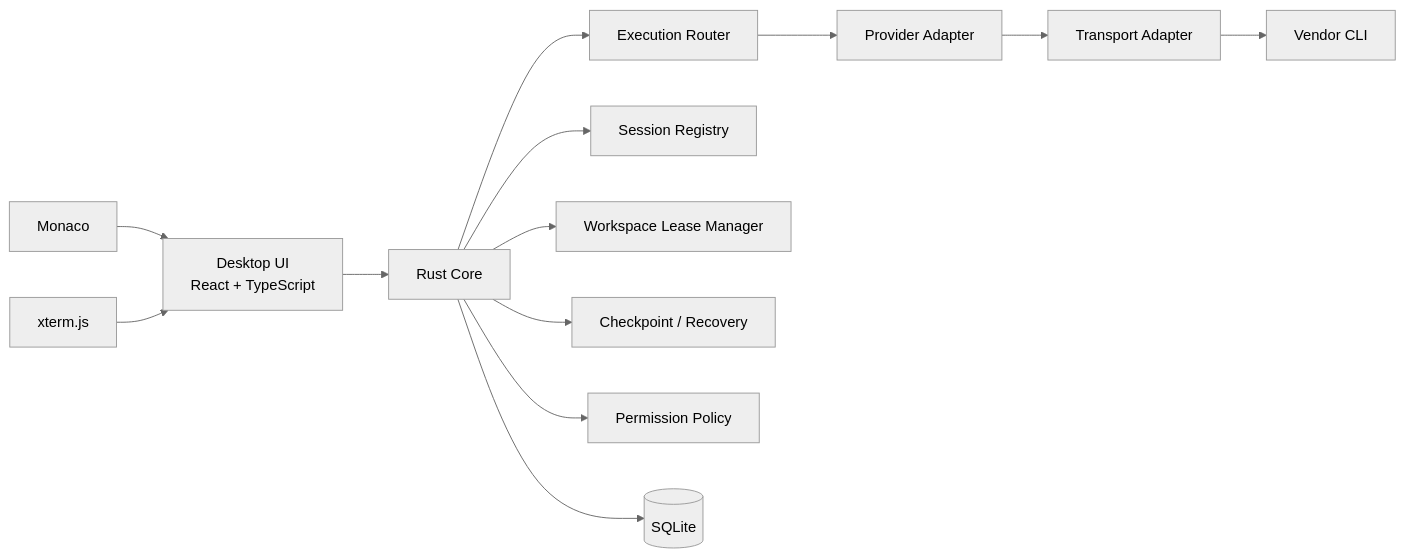
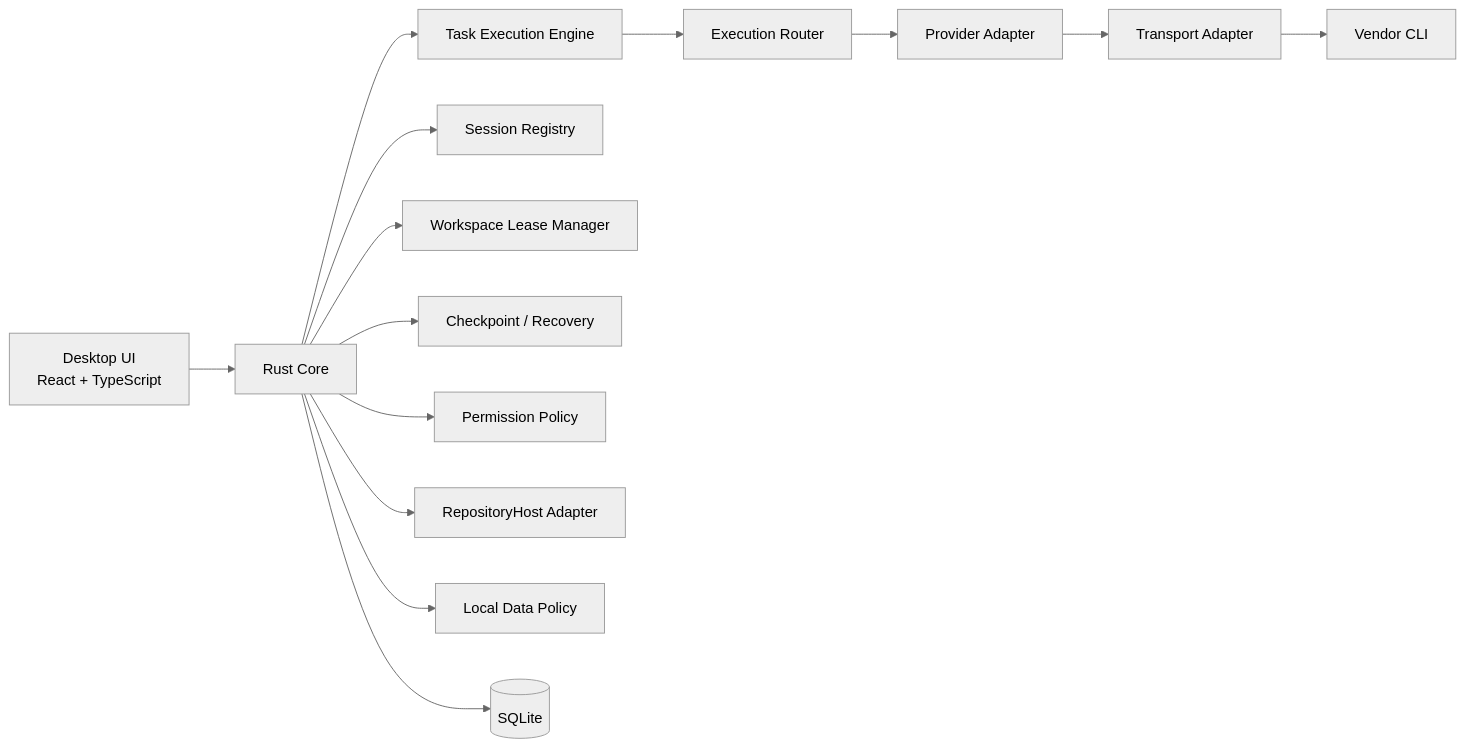
The diagram in docs/basic-design.md (nntokyo/ai-cli-orchestrator), drawn with Mermaid (neutral theme) before and after one commit. The commit also changed other lines of this file, not shown here.

````diff
--- a/docs/basic-design.md
+++ b/docs/basic-design.md
@@ -35,29 +35,31 @@
 ```mermaid
 flowchart LR
   UI[Desktop UI<br/>React + TypeScript]
   CORE[Rust Core]
-  EDITOR[Monaco]
-  TERM[xterm.js]
+  ENGINE[Task Execution Engine]
   ROUTER[Execution Router]
   SESS[Session Registry]
   LOCK[Workspace Lease Manager]
   REC[Checkpoint / Recovery]
   PERM[Permission Policy]
+  HOST[RepositoryHost Adapter]
+  DATA[Local Data Policy]
   DB[(SQLite)]
   PA[Provider Adapter]
   TA[Transport Adapter]
   CLI[Vendor CLI]
 
-  EDITOR --> UI
-  TERM --> UI
   UI --> CORE
-  CORE --> ROUTER
+  CORE --> ENGINE
   CORE --> SESS
   CORE --> LOCK
   CORE --> REC
   CORE --> PERM
+  CORE --> HOST
+  CORE --> DATA
   CORE --> DB
+  ENGINE --> ROUTER
   ROUTER --> PA
   PA --> TA
   TA --> CLI
 ```
````
